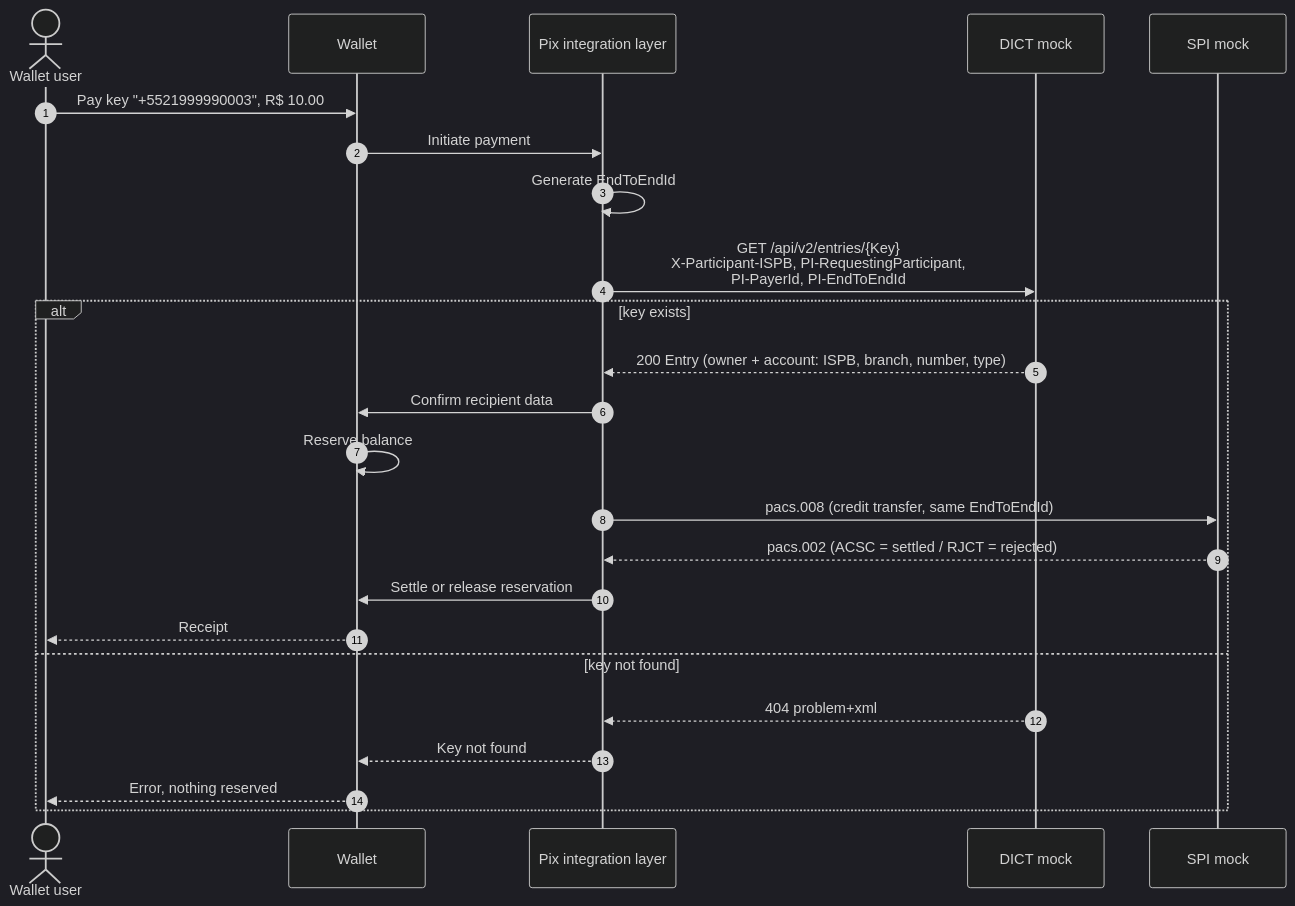
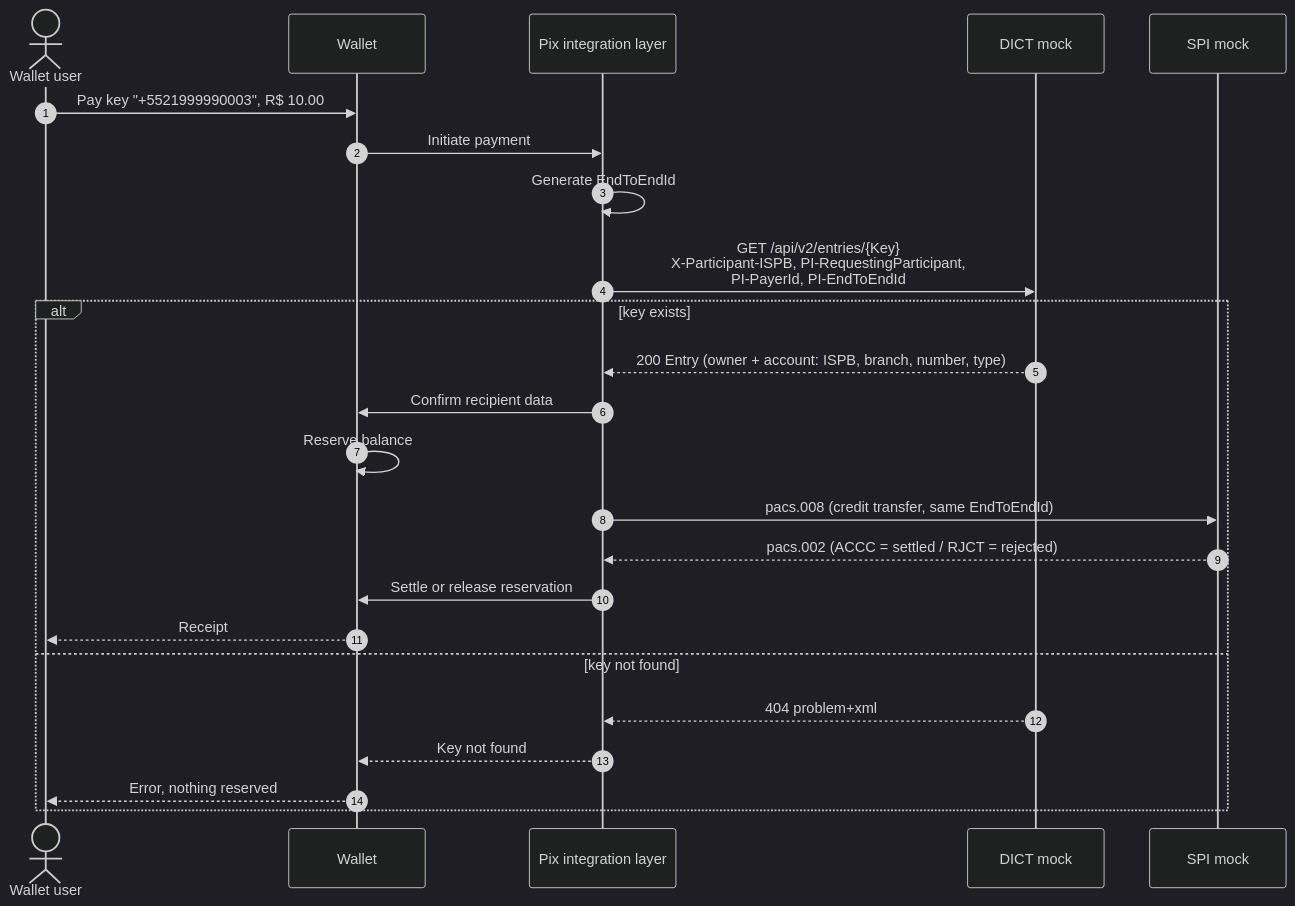
One commit to piovani/pix_fake changed the second of 5 diagrams in docs/architecture.md. Above: the diagram before and after it, drawn with Mermaid (dark theme). The commit also changed other lines of this file and 4 other files, not shown here.

````diff
--- a/docs/architecture.md
+++ b/docs/architecture.md
@@ -49,27 +49,27 @@
 ```mermaid
 sequenceDiagram
     autonumber
     actor U as Wallet user
     participant W as Wallet
     participant P as Pix integration layer
     participant D as DICT mock
     participant S as SPI mock
 
     U->>W: Pay key "+5521999990003", R$ 10.00
     W->>P: Initiate payment
     P->>P: Generate EndToEndId
     P->>D: GET /api/v2/entries/{Key}<br/>X-Participant-ISPB, PI-RequestingParticipant,<br/>PI-PayerId, PI-EndToEndId
     alt key exists
         D-->>P: 200 Entry (owner + account: ISPB, branch, number, type)
         P->>W: Confirm recipient data
         W->>W: Reserve balance
         P->>S: pacs.008 (credit transfer, same EndToEndId)
-        S-->>P: pacs.002 (ACSC = settled / RJCT = rejected)
+        S-->>P: pacs.002 (ACCC = settled / RJCT = rejected)
         P->>W: Settle or release reservation
         W-->>U: Receipt
     else key not found
         D-->>P: 404 problem+xml
         P-->>W: Key not found
         W-->>U: Error, nothing reserved
     end
 ```
````
